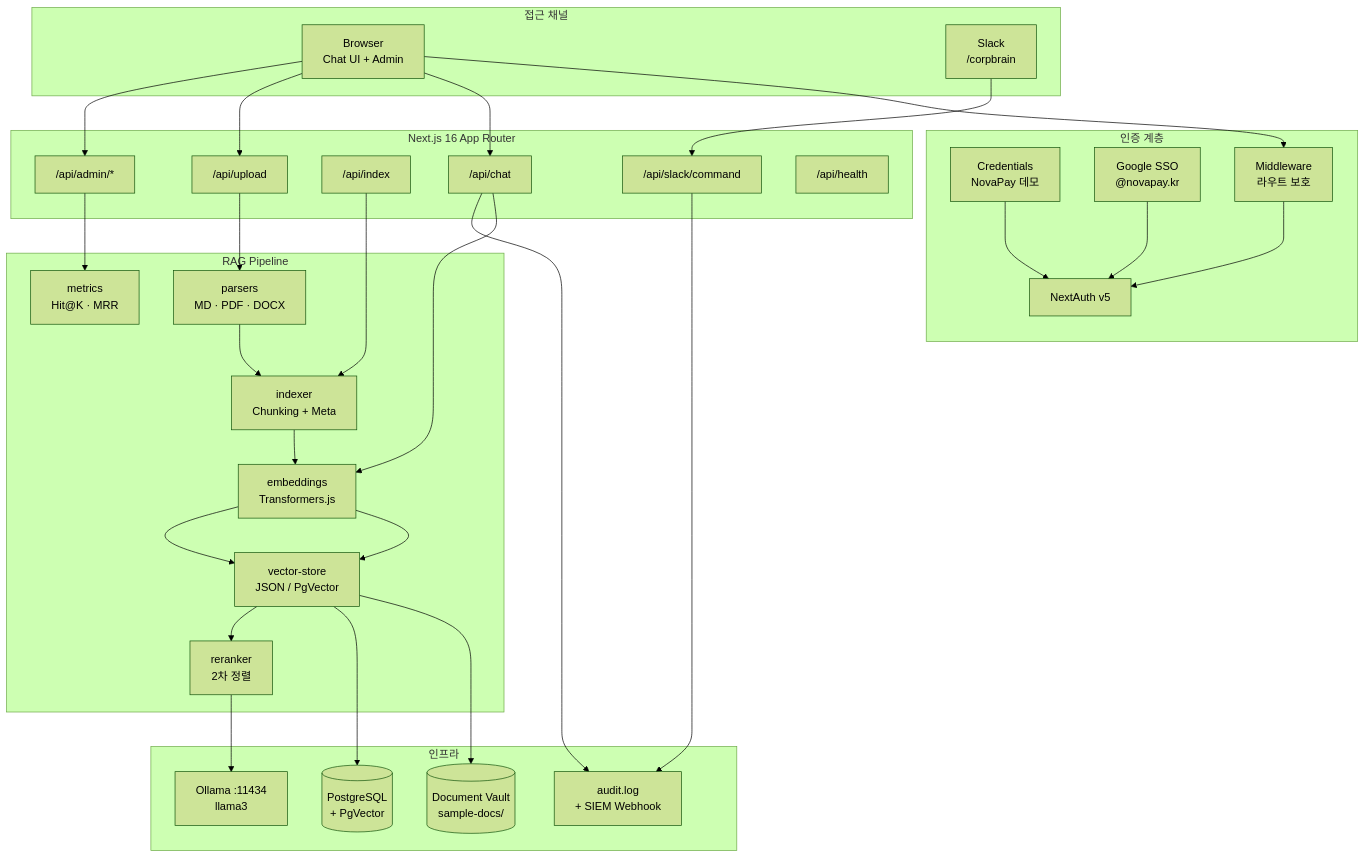
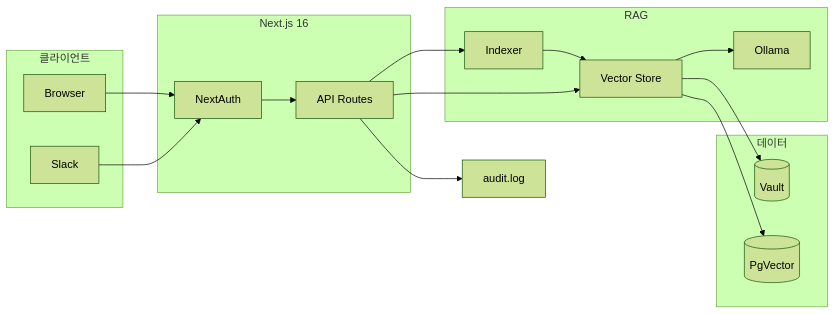
The first of 2 diagrams in README.md (dayainow/corp-brain), drawn with Mermaid (forest theme) before and after one commit. The commit also changed other lines of this file, not shown here.

First line of the commit message:
docs: README 다이어그램 축소 및 설명 중심으로 재구성

````diff
--- a/README.md
+++ b/README.md
@@ -29,53 +30,29 @@
 ```mermaid
-flowchart TB
-    subgraph Clients["접근 채널"]
-        Browser["Browser<br/>Chat UI + Admin"]
-        Slack["Slack<br/>/corpbrain"]
+flowchart LR
+    subgraph Client["클라이언트"]
+        Web["Browser"]
+        Slack["Slack"]
     end
 
-    subgraph Auth["인증 계층"]
-        NextAuth["NextAuth v5"]
-        Creds["Credentials<br/>NovaPay 데모"]
-        Google["Google SSO<br/>@novapay.kr"]
-        Middleware["Middleware<br/>라우트 보호"]
+    subgraph App["Next.js 16"]
+        Auth["NextAuth"]
+        API["API Routes"]
     end
 
-    subgraph App["Next.js 16 App Router"]
-        ChatAPI["/api/chat"]
-        UploadAPI["/api/upload"]
-        IndexAPI["/api/index"]
-        AdminAPI["/api/admin/*"]
-        SlackAPI["/api/slack/command"]
-        HealthAPI["/api/health"]
+    subgraph RAG["RAG"]
+        Idx["Indexer"]
+        VS["Vector Store"]
+        LLM["Ollama"]
     end
 
-    subgraph RAG["RAG Pipeline"]
-        Parsers["parsers<br/>MD · PDF · DOCX"]
-        Indexer["indexer<br/>Chunking + Meta"]
-        Embed["embeddings<br/>Transformers.js"]
-        VS["vector-store<br/>JSON / PgVector"]
-        Rerank["reranker<br/>2차 정렬"]
-        Metrics["metrics<br/>Hit@K · MRR"]
+    subgraph Data["데이터"]
+        Vault[("Vault")]
+        PG[("PgVector")]
     end
 
-    subgraph Infra["인프라"]
-        Vault[("Document Vault<br/>sample-docs/")]
-        PG[("PostgreSQL<br/>+ PgVector")]
-        Ollama["Ollama :11434<br/>llama3"]
-        Audit["audit.log<br/>+ SIEM Webhook"]
-    end
-
-    Browser --> Middleware --> NextAuth
-    Creds & Google --> NextAuth
-    Browser --> ChatAPI & UploadAPI & AdminAPI
-    Slack --> SlackAPI
-
-    UploadAPI --> Parsers --> Indexer
-    IndexAPI --> Indexer
-    Indexer --> Embed --> VS
+    Web & Slack --> Auth --> API
+    API --> Idx --> VS
     VS --> Vault & PG
-
-    ChatAPI --> Embed --> VS --> Rerank --> Ollama
-    ChatAPI & SlackAPI --> Audit
-    AdminAPI --> Metrics
+    API --> VS --> LLM
+    API --> Audit["audit.log"]
 ```
````
